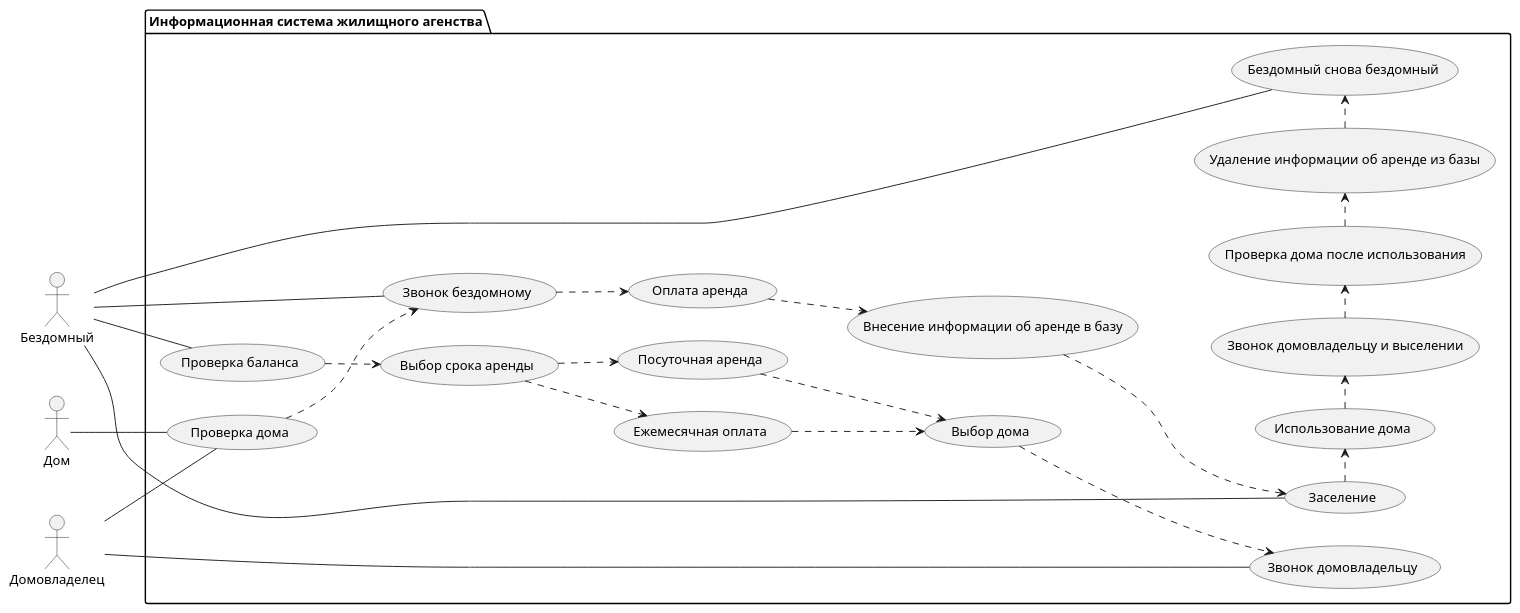
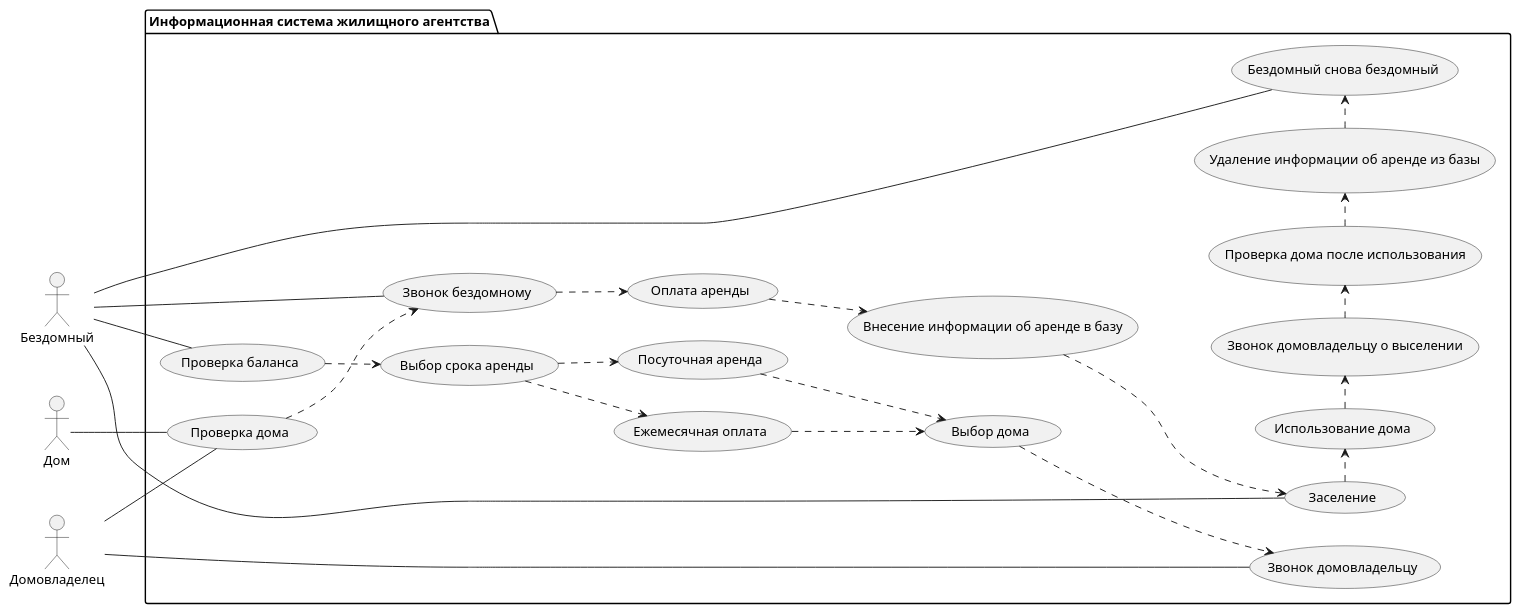
One commit to n0emo/uni changed the diagram in bachelors/term-5/system-modelling/lab-7/diagram-1.puml. Above: the diagram before and after it, drawn with PlantUML. The commit also changed 2 other files, not shown here.

Commit message:
system-modelling: add a lab 7 report for the use case diagram
Lab 7 never had a report; this one only presents the PlantUML diagram,
rendered to SVG by the diagram task. Fixed typos in the diagram labels.

```diff
--- a/bachelors/term-5/system-modelling/lab-7/diagram-1.puml
+++ b/bachelors/term-5/system-modelling/lab-7/diagram-1.puml
@@ -1,60 +1,60 @@
-@startuml Use-Case
+@startuml use-case
 
 left to right direction
 
 actor "Бездомный" as hobo
 actor "Домовладелец" as capitalist
 actor "Дом" as house
 
-package "Информационная система жилищного агенства" {
+package "Информационная система жилищного агентства" {
     (Проверка баланса) as check_balance
     (Выбор срока аренды) as choose_time
     (Посуточная аренда) as daily
     (Ежемесячная оплата) as monthly
     (Выбор дома) as choose_house
     (Звонок домовладельцу) as call
     (Проверка дома) as check_house
     (Звонок бездомному) as callback
-    (Оплата аренда) as payment
+    (Оплата аренды) as payment
     (Внесение информации об аренде в базу) as insert
     (Заселение) as inhabitate
     (Использование дома) as use_house
-    (Звонок домовладельцу и выселении) as call_about_exit
+    (Звонок домовладельцу о выселении) as call_about_exit
     (Проверка дома после использования) as check_house_after_exit
     (Удаление информации об аренде из базы) as delete
     (Бездомный снова бездомный) as hobo_again
 
     hobo -- check_balance
     capitalist -- call
     house -- check_house
 
     check_balance ..> choose_time
     
     choose_time ..> daily
     choose_time ..> monthly
     
     daily ..> choose_house
     monthly ..> choose_house
     
     choose_house ..> call
     capitalist -- check_house
     
     check_house ..> callback
     hobo -- callback
     
     callback ..> payment
     payment ..> insert
 
     insert ..> inhabitate
     hobo -- inhabitate
     
     inhabitate .> use_house
     use_house .> call_about_exit
     call_about_exit .> check_house_after_exit
     check_house_after_exit .> delete
     delete .> hobo_again
     
     hobo -- hobo_again
 }
 
 @enduml
```
